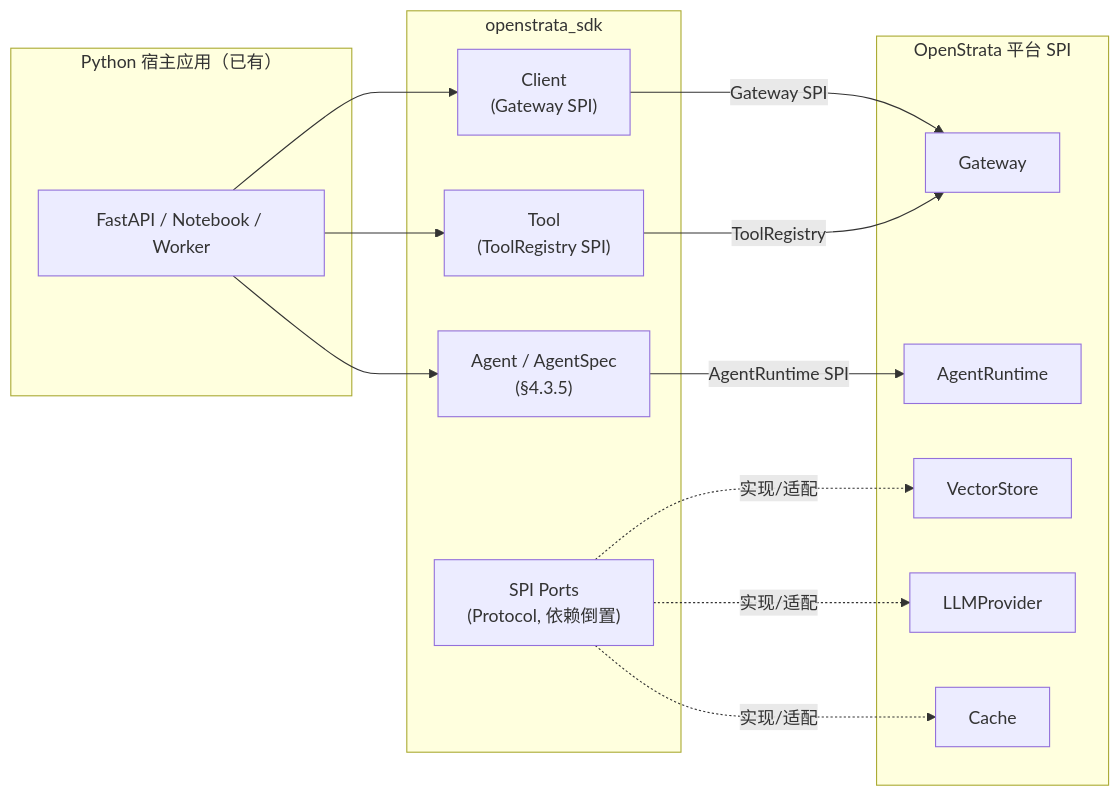
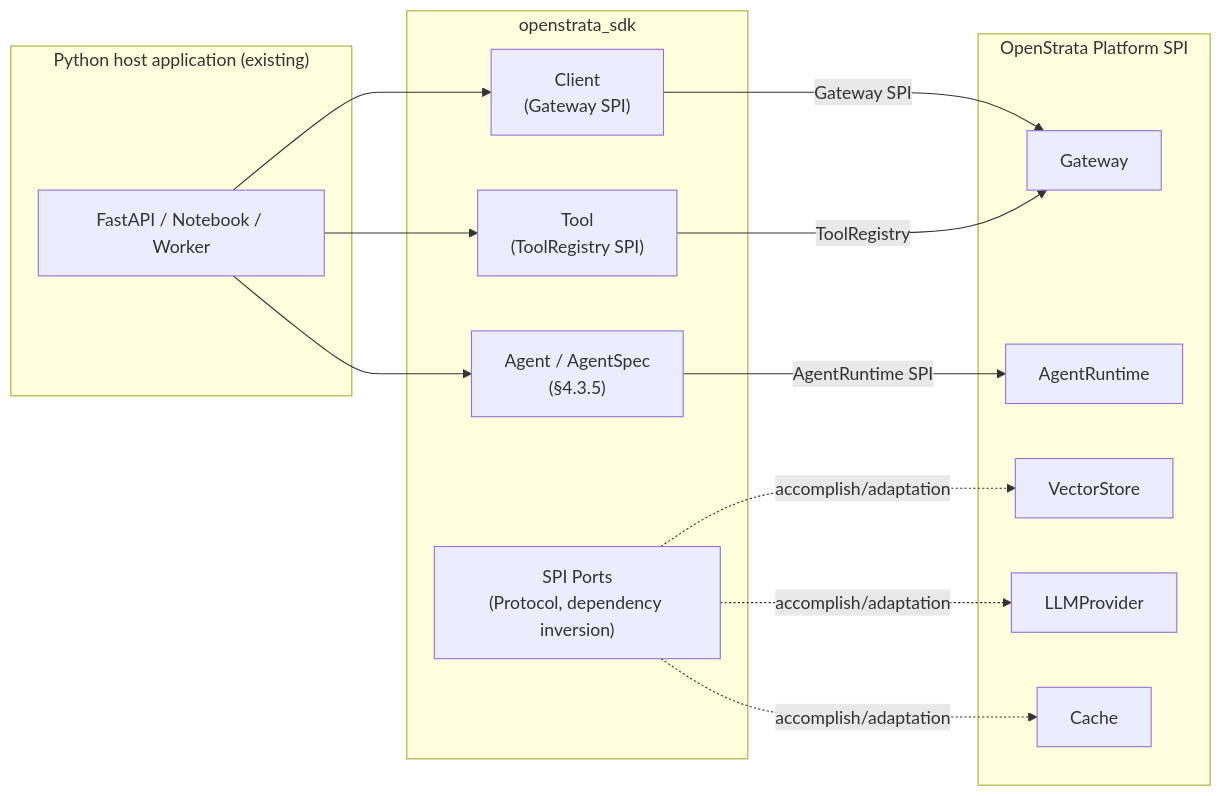
Before and after one commit to open-strata-ai/ai-sdk-python: the first of 4 diagrams in design/DESIGN.md, drawn with Mermaid. The commit also changed other lines of this file and 11 other files, not shown here.

````diff
--- a/design/DESIGN.md
+++ b/design/DESIGN.md
@@ -31,24 +31,24 @@
 ```mermaid
 graph LR
-    subgraph "Python 宿主应用（已有）"
+    subgraph "Python host application (existing)"
         APP["FastAPI / Notebook / Worker"]
     end
     subgraph "openstrata_sdk"
         CL["Client<br/>(Gateway SPI)"]
         AG["Agent / AgentSpec<br/>(§4.3.5)"]
         TL["Tool<br/>(ToolRegistry SPI)"]
-        SP["SPI Ports<br/>(Protocol, 依赖倒置)"]
+        SP["SPI Ports<br/>(Protocol, dependency inversion)"]
     end
-    subgraph "OpenStrata 平台 SPI"
+    subgraph "OpenStrata Platform SPI"
         GW["Gateway"]
         RT["AgentRuntime"]
         VS["VectorStore"]
         LP["LLMProvider"]
         CA["Cache"]
     end
     APP --> CL & AG & TL
     CL -->|Gateway SPI| GW
     AG -->|AgentRuntime SPI| RT
     TL -->|ToolRegistry| GW
-    SP -.实现/适配.-> VS & LP & CA
+    SP -.accomplish/adaptation.-> VS & LP & CA
 ```
````
